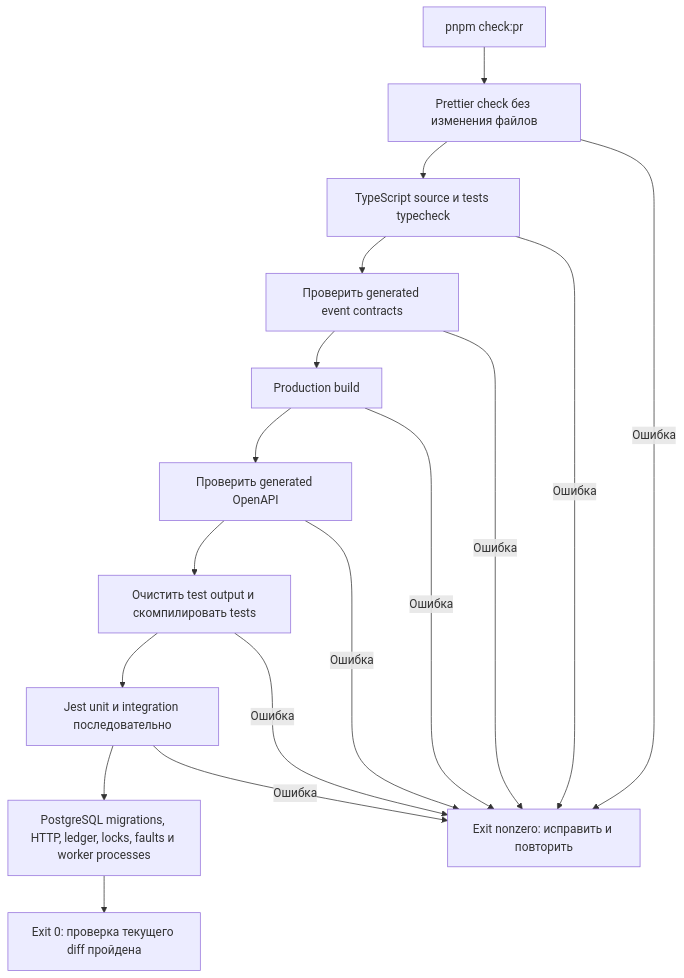
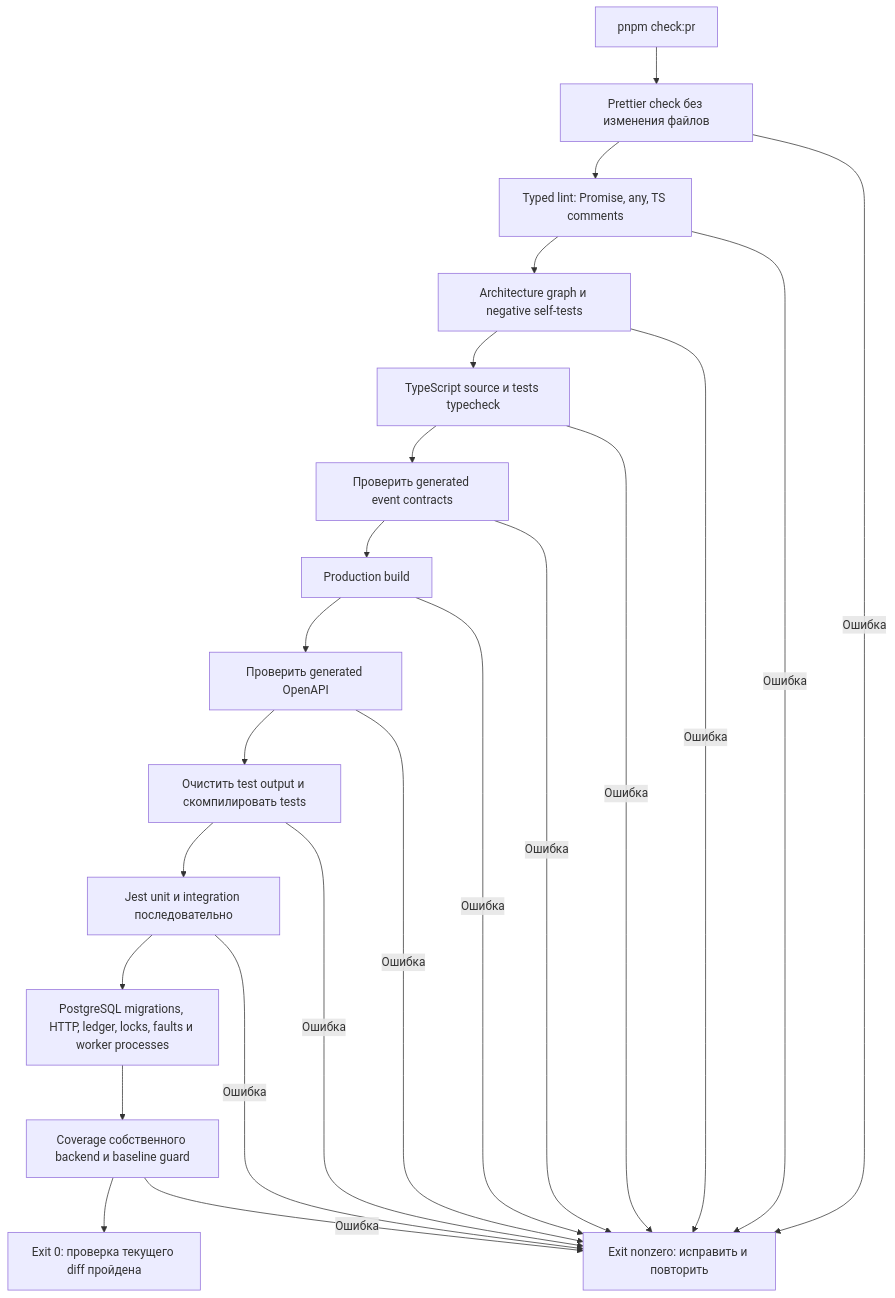
One commit to alekseishmidko/warehouse-control changed the diagram in docs/pr-checks.md. Above: the diagram before and after it, drawn with Mermaid. The commit also changed other lines of this file and 90 other files, not shown here.

````diff
--- a/docs/pr-checks.md
+++ b/docs/pr-checks.md
@@ -32,19 +41,25 @@
 ```mermaid
 flowchart TD
   A[pnpm check:pr] --> B[Prettier check без изменения файлов]
-  B --> C[TypeScript source и tests typecheck]
+  B --> L[Typed lint: Promise, any, TS comments]
+  L --> R[Architecture graph и negative self-tests]
+  R --> C[TypeScript source и tests typecheck]
   C --> D[Проверить generated event contracts]
   D --> E[Production build]
   E --> F[Проверить generated OpenAPI]
   F --> G[Очистить test output и скомпилировать tests]
   G --> H[Jest unit и integration последовательно]
   H --> I[PostgreSQL migrations, HTTP, ledger, locks, faults и worker processes]
-  I --> J[Exit 0: проверка текущего diff пройдена]
+  I --> V[Coverage собственного backend и baseline guard]
+  V --> J[Exit 0: проверка текущего diff пройдена]
+  L -->|Ошибка| X
+  R -->|Ошибка| X
+  V -->|Ошибка| X
   B -->|Ошибка| X[Exit nonzero: исправить и повторить]
   C -->|Ошибка| X
   D -->|Ошибка| X
   E -->|Ошибка| X
   F -->|Ошибка| X
   G -->|Ошибка| X
   H -->|Ошибка| X
 ```
````
